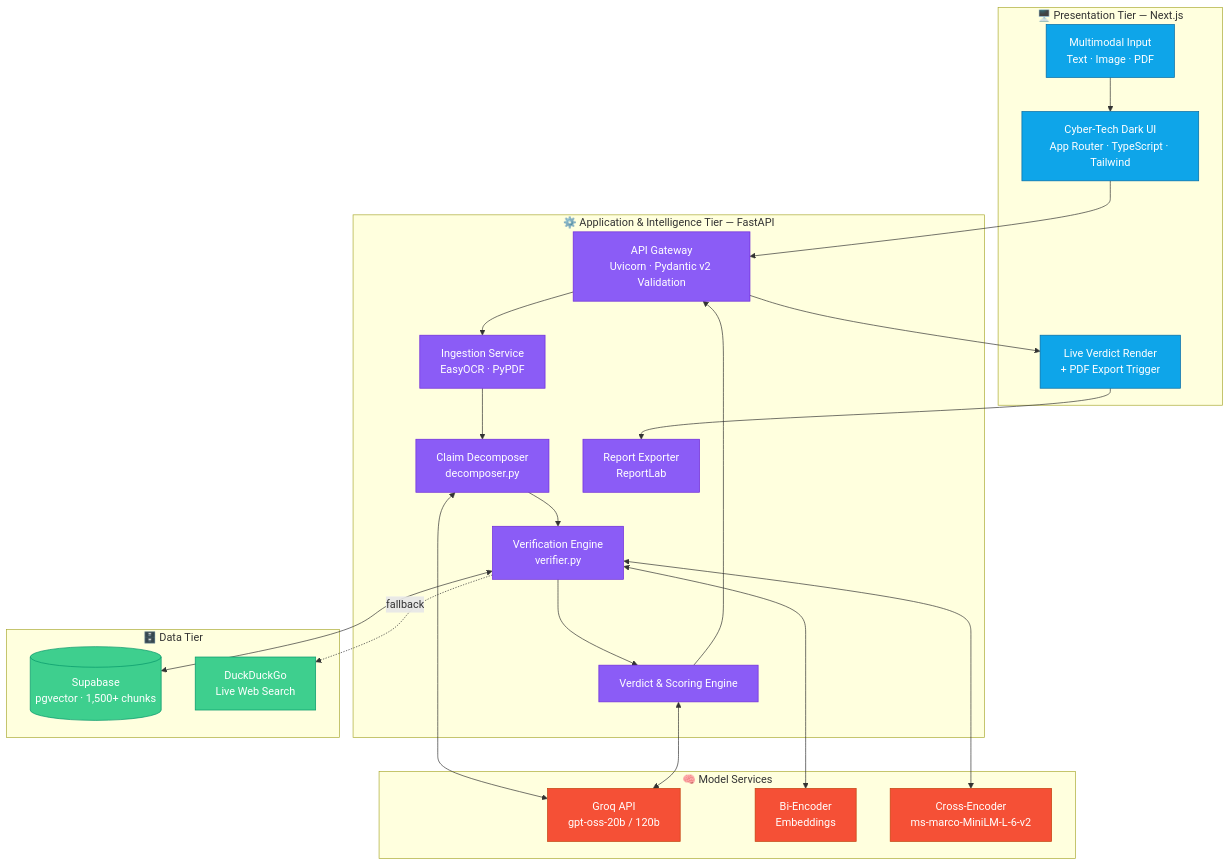
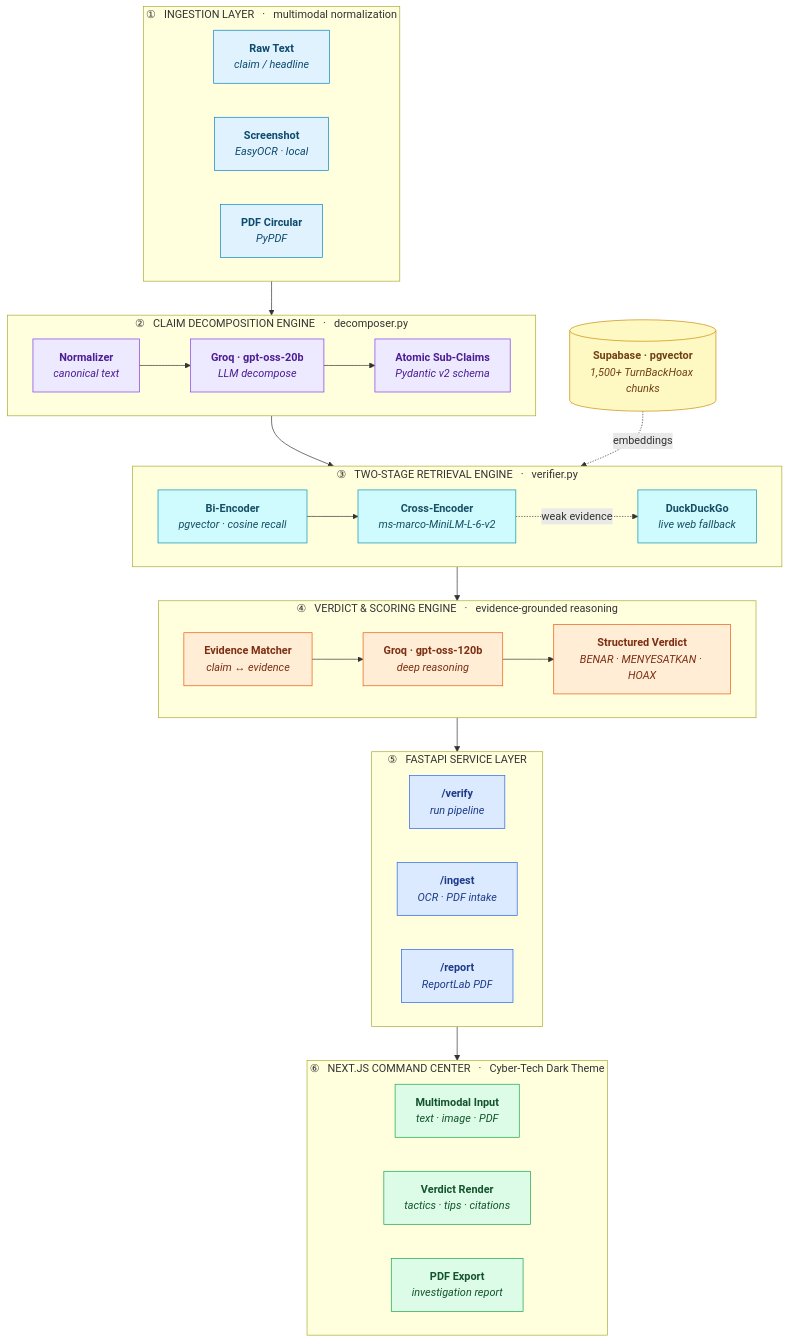
The first of 3 diagrams in README.md (immanueltampubolon594/vericlaim-ai), drawn with Mermaid before and after one commit. The commit also changed other lines of this file, not shown here.

````diff
--- a/README.md
+++ b/README.md
@@ -124,49 +124,68 @@
 ```mermaid
 graph TB
-    subgraph CLIENT["🖥️ Presentation Tier — Next.js"]
-        UI["Cyber-Tech Dark UI<br/>App Router · TypeScript · Tailwind"]
-        INPUT["Multimodal Input<br/>Text · Image · PDF"]
-        REPORT["Live Verdict Render<br/>+ PDF Export Trigger"]
+    subgraph ING["① &nbsp; INGESTION LAYER &nbsp; · &nbsp; multimodal normalization"]
+        direction LR
+        T["<b>Raw Text</b><br/><i>claim / headline</i>"]
+        I["<b>Screenshot</b><br/><i>EasyOCR · local</i>"]
+        P["<b>PDF Circular</b><br/><i>PyPDF</i>"]
     end
 
-    subgraph API["⚙️ Application & Intelligence Tier — FastAPI"]
-        GATE["API Gateway<br/>Uvicorn · Pydantic v2 Validation"]
-        OCR["Ingestion Service<br/>EasyOCR · PyPDF"]
-        DECOMP["Claim Decomposer<br/>decomposer.py"]
-        VERIFY["Verification Engine<br/>verifier.py"]
-        VERDICT["Verdict & Scoring Engine"]
-        PDF["Report Exporter<br/>ReportLab"]
+    subgraph DEC["② &nbsp; CLAIM DECOMPOSITION ENGINE &nbsp; · &nbsp; decomposer.py"]
+        direction LR
+        NORM["<b>Normalizer</b><br/><i>canonical text</i>"]
+        LLM1["<b>Groq · gpt-oss-20b</b><br/><i>LLM decompose</i>"]
+        SUB["<b>Atomic Sub-Claims</b><br/><i>Pydantic v2 schema</i>"]
+        NORM --> LLM1 --> SUB
     end
 
-    subgraph AI["🧠 Model Services"]
-        GROQ["Groq API<br/>gpt-oss-20b / 120b"]
-        BIENC["Bi-Encoder<br/>Embeddings"]
-        CROSS["Cross-Encoder<br/>ms-marco-MiniLM-L-6-v2"]
+    subgraph RET["③ &nbsp; TWO-STAGE RETRIEVAL ENGINE &nbsp; · &nbsp; verifier.py"]
+        direction LR
+        BI["<b>Bi-Encoder</b><br/><i>pgvector · cosine recall</i>"]
+        CR["<b>Cross-Encoder</b><br/><i>ms-marco-MiniLM-L-6-v2</i>"]
+        FB["<b>DuckDuckGo</b><br/><i>live web fallback</i>"]
+        BI --> CR
+        CR -. weak evidence .-> FB
     end
 
-    subgraph DATA["🗄️ Data Tier"]
-        SUPA[("Supabase<br/>pgvector · 1,500+ chunks")]
-        DDG["DuckDuckGo<br/>Live Web Search"]
+    subgraph VER["④ &nbsp; VERDICT & SCORING ENGINE &nbsp; · &nbsp; evidence-grounded reasoning"]
+        direction LR
+        MATCH["<b>Evidence Matcher</b><br/><i>claim ↔ evidence</i>"]
+        LLM2["<b>Groq · gpt-oss-120b</b><br/><i>deep reasoning</i>"]
+        OUT["<b>Structured Verdict</b><br/><i>BENAR · MENYESATKAN · HOAX</i>"]
+        MATCH --> LLM2 --> OUT
     end
 
-    INPUT --> UI --> GATE
-    GATE --> OCR --> DECOMP
-    DECOMP <--> GROQ
-    DECOMP --> VERIFY
-    VERIFY <--> BIENC
-    VERIFY <--> CROSS
-    VERIFY <--> SUPA
-    VERIFY -. fallback .-> DDG
-    VERIFY --> VERDICT <--> GROQ
-    VERDICT --> GATE --> REPORT
-    REPORT --> PDF
+    subgraph API["⑤ &nbsp; FASTAPI SERVICE LAYER"]
+        direction LR
+        E1["<b>/verify</b><br/><i>run pipeline</i>"]
+        E2["<b>/ingest</b><br/><i>OCR · PDF intake</i>"]
+        E3["<b>/report</b><br/><i>ReportLab PDF</i>"]
+    end
 
-    classDef client fill:#0ea5e9,stroke:#0369a1,color:#fff
-    classDef api fill:#8b5cf6,stroke:#6d28d9,color:#fff
-    classDef ai fill:#f55036,stroke:#c2410c,color:#fff
-    classDef data fill:#3ecf8e,stroke:#059669,color:#fff
-    class UI,INPUT,REPORT client
-    class GATE,OCR,DECOMP,VERIFY,VERDICT,PDF api
-    class GROQ,BIENC,CROSS ai
-    class SUPA,DDG data
+    subgraph FE["⑥ &nbsp; NEXT.JS COMMAND CENTER &nbsp; · &nbsp; Cyber-Tech Dark Theme"]
+        direction LR
+        UI["<b>Multimodal Input</b><br/><i>text · image · PDF</i>"]
+        RES["<b>Verdict Render</b><br/><i>tactics · tips · citations</i>"]
+        EXP["<b>PDF Export</b><br/><i>investigation report</i>"]
+    end
+
+    KB[("<b>Supabase · pgvector</b><br/><i>1,500+ TurnBackHoax chunks</i>")]
+
+    ING --> DEC --> RET --> VER --> API --> FE
+    KB -. embeddings .-> RET
+
+    classDef ingest fill:#e0f2fe,stroke:#0284c7,color:#0c4a6e
+    classDef decomp fill:#ede9fe,stroke:#7c3aed,color:#4c1d95
+    classDef retr   fill:#cffafe,stroke:#0891b2,color:#164e63
+    classDef verd   fill:#ffedd5,stroke:#ea580c,color:#7c2d12
+    classDef apie   fill:#dbeafe,stroke:#2563eb,color:#1e3a8a
+    classDef front  fill:#dcfce7,stroke:#16a34a,color:#14532d
+    classDef store  fill:#fef9c3,stroke:#ca8a04,color:#713f12
+    class T,I,P ingest
+    class NORM,LLM1,SUB decomp
+    class BI,CR,FB retr
+    class MATCH,LLM2,OUT verd
+    class E1,E2,E3 apie
+    class UI,RES,EXP front
+    class KB store
 ```
````
